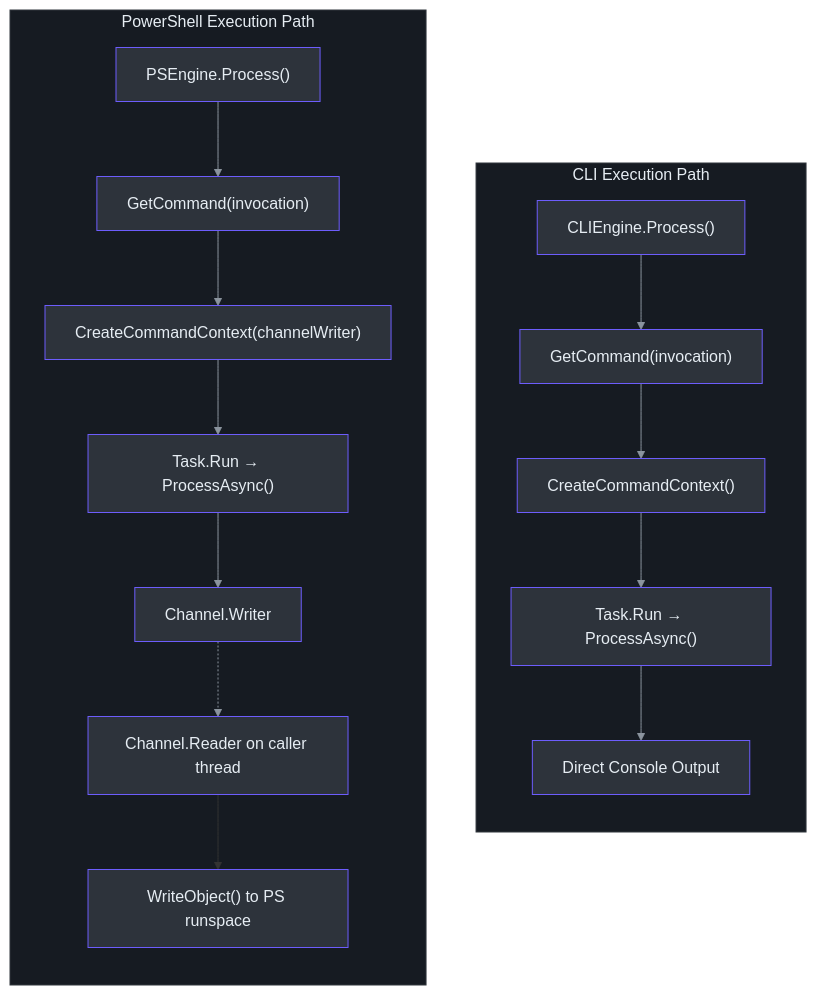
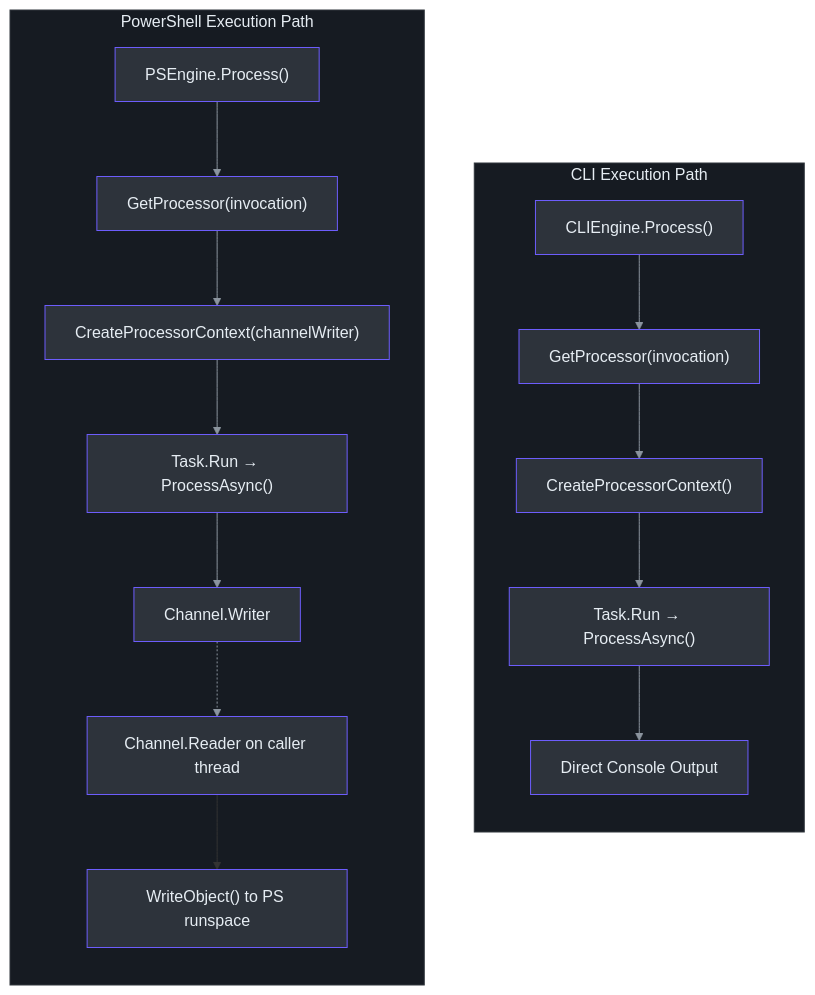
One commit to Azure/azclips changed the third of 3 diagrams in wiki/02-deep-dive/core-engine-orchestration.md. Above: the diagram before and after it, drawn with Mermaid. The commit also changed other lines of this file and 35 other files, not shown here.

Commit message:
7. Rename classes implemented IProcessor to Processor instead of Command

````diff
--- a/wiki/02-deep-dive/core-engine-orchestration.md
+++ b/wiki/02-deep-dive/core-engine-orchestration.md
@@ -276,51 +276,51 @@
 ```mermaid
 flowchart TB
     subgraph CLI["CLI Execution Path"]
         direction TB
         A1["CLIEngine.Process()"]
-        A2["GetCommand(invocation)"]
-        A3["CreateCommandContext()"]
+        A2["GetProcessor(invocation)"]
+        A3["CreateProcessorContext()"]
         A4["Task.Run → ProcessAsync()"]
         A5["Direct Console Output"]
 
         A1 --> A2
         A2 --> A3
         A3 --> A4
         A4 --> A5
     end
 
     subgraph PS["PowerShell Execution Path"]
         direction TB
         B1["PSEngine.Process()"]
-        B2["GetCommand(invocation)"]
-        B3["CreateCommandContext(channelWriter)"]
+        B2["GetProcessor(invocation)"]
+        B3["CreateProcessorContext(channelWriter)"]
         B4["Task.Run → ProcessAsync()"]
         B5["Channel.Writer"]
         B6["Channel.Reader on caller thread"]
         B7["WriteObject() to PS runspace"]
 
         B1 --> B2
         B2 --> B3
         B3 --> B4
         B4 --> B5
         B5 -.-> B6
         B6 --> B7
     end
 
     style CLI fill:#161b22,stroke:#30363d,color:#e6edf3
     style PS fill:#161b22,stroke:#30363d,color:#e6edf3
     style A1 fill:#2d333b,stroke:#6d5dfc,color:#e6edf3
     style A2 fill:#2d333b,stroke:#6d5dfc,color:#e6edf3
     style A3 fill:#2d333b,stroke:#6d5dfc,color:#e6edf3
     style A4 fill:#2d333b,stroke:#6d5dfc,color:#e6edf3
     style A5 fill:#2d333b,stroke:#6d5dfc,color:#e6edf3
     style B1 fill:#2d333b,stroke:#6d5dfc,color:#e6edf3
     style B2 fill:#2d333b,stroke:#6d5dfc,color:#e6edf3
     style B3 fill:#2d333b,stroke:#6d5dfc,color:#e6edf3
     style B4 fill:#2d333b,stroke:#6d5dfc,color:#e6edf3
     style B5 fill:#2d333b,stroke:#6d5dfc,color:#e6edf3
     style B6 fill:#2d333b,stroke:#6d5dfc,color:#e6edf3
     style B7 fill:#2d333b,stroke:#6d5dfc,color:#e6edf3
 
     linkStyle 0,1,2,3,4,5,6,7,8 stroke:#8b949e
 ```
````
